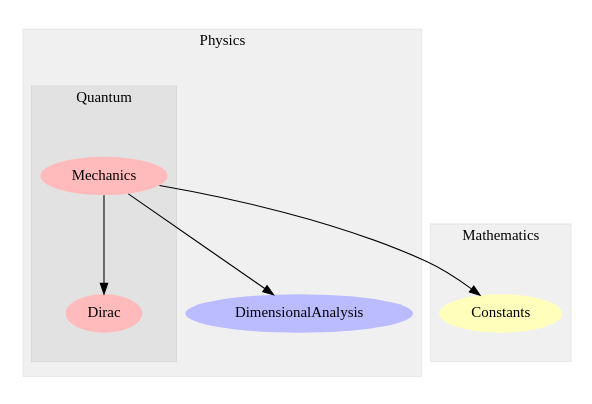
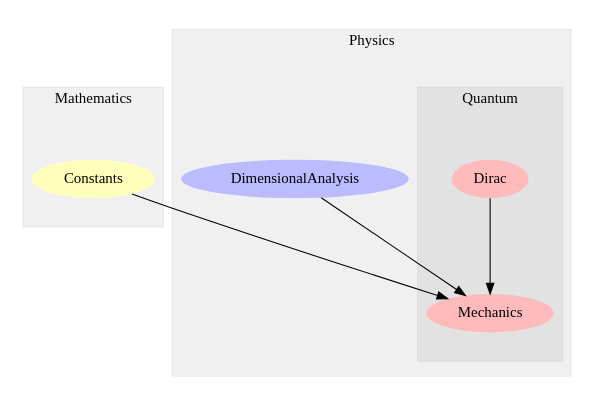
The diagram in Modules.dot (wi11dey/Physikell), drawn with Graphviz before and after one commit. The commit also changed 1 other file, not shown here.

```diff
--- a/Modules.dot
+++ b/Modules.dot
@@ -1,30 +1,38 @@
 digraph G {
-size="6,4";
-ratio="fill";
-subgraph cluster_0 {
-label="Mathematics";
-color="#0000000F";
-style="filled";
-u0[label="Constants",style="filled",fillcolor="#ffffbb",penwidth="0"];
-
+    graph [size="6,4"];
+    graph [ratio=fill];
+    subgraph cluster_0 {
+        graph [label=Mathematics];
+        graph [color="#0000000f"];
+        graph [style=filled];
+        u0 [label=Constants
+           ,style=filled
+           ,fillcolor="#ffffbb"
+           ,penwidth=0];
+    }
+    subgraph cluster_1 {
+        graph [label=Physics];
+        graph [color="#0000000f"];
+        graph [style=filled];
+        u1 [label=DimensionalAnalysis
+           ,style=filled
+           ,fillcolor="#bbbbff"
+           ,penwidth=0];
+        subgraph cluster_2 {
+            graph [label=Quantum];
+            graph [color="#0000000f"];
+            graph [style=filled];
+            u2 [label=Dirac
+               ,style=filled
+               ,fillcolor="#ffbbbb"
+               ,penwidth=0];
+            u3 [label=Mechanics
+               ,style=filled
+               ,fillcolor="#ffbbbb"
+               ,penwidth=0];
+        }
+    }
+    u0 -> u3;
+    u1 -> u3;
+    u2 -> u3;
 }
-subgraph cluster_1 {
-label="Physics";
-color="#0000000F";
-style="filled";
-u1[label="DimensionalAnalysis",style="filled",fillcolor="#bbbbff",penwidth="0"];
-subgraph cluster_2 {
-label="Quantum";
-color="#0000000F";
-style="filled";
-u2[label="Dirac",style="filled",fillcolor="#ffbbbb",penwidth="0"];
-u3[label="Mechanics",style="filled",fillcolor="#ffbbbb",penwidth="0"];
-
-}
-
-}
-u3 -> u0;
-u3 -> u1;
-u3 -> u2;
-
-}
```
